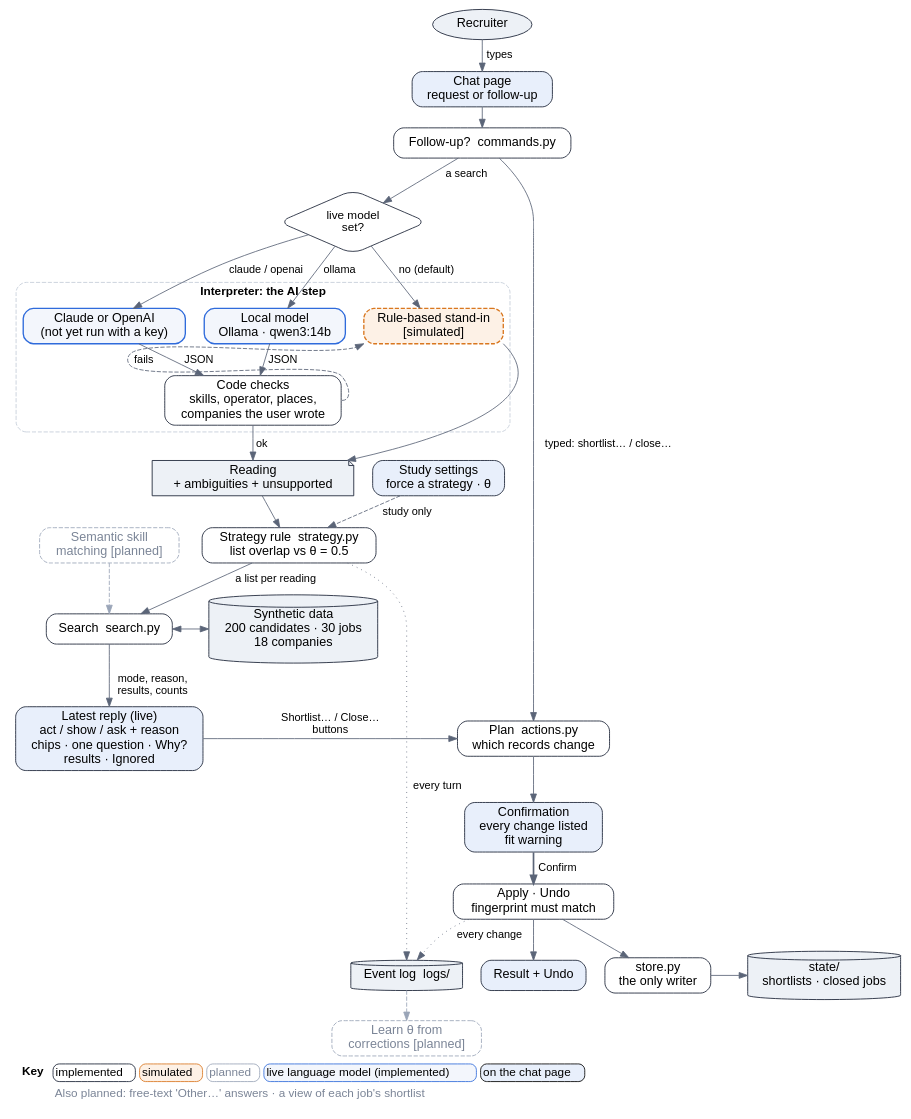
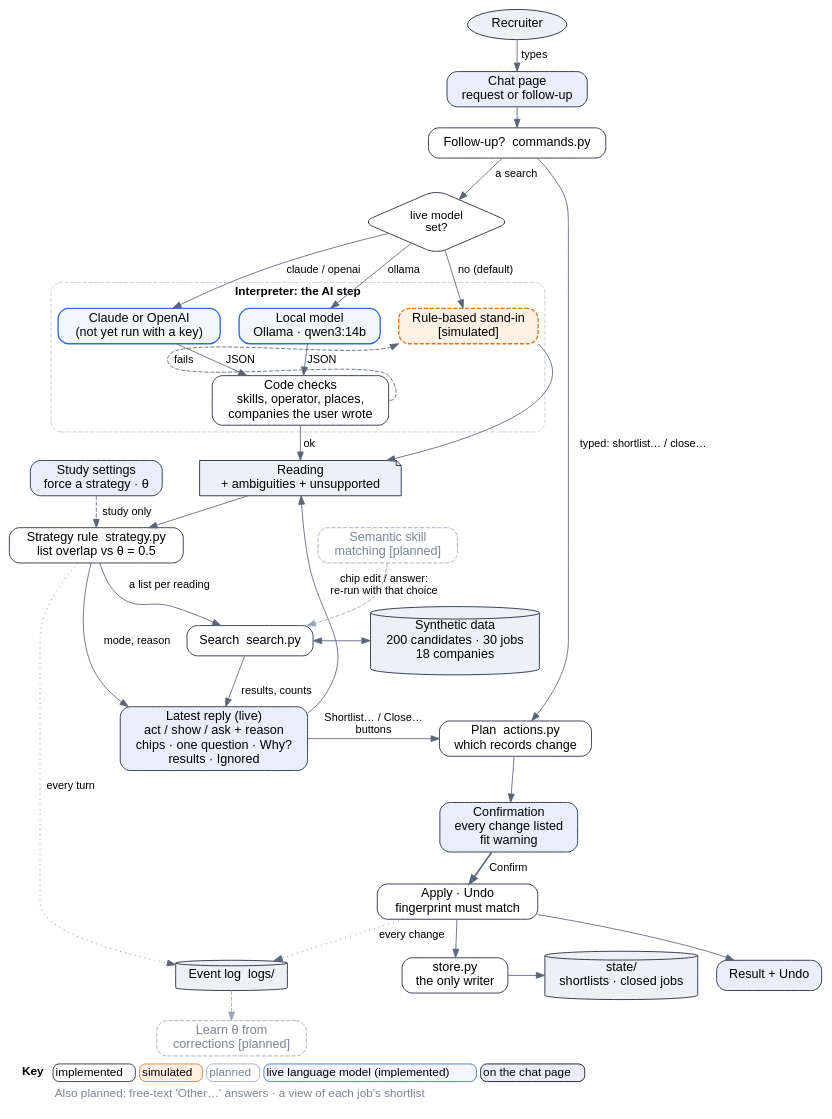
One commit to ar-pavel/ambiguity-aware-ai-search changed the diagram in docs/system.dot. Above: the diagram before and after it, drawn with Graphviz. The commit also changed 3 other files, not shown here.

First line of the commit message:
docs(diagram): draw the chip-edit and answer path back to the reading

```diff
--- a/docs/system.dot
+++ b/docs/system.dot
@@ -1,93 +1,95 @@
 // System diagram. Render: dot -Tpng -Gdpi=200 docs/system.dot -o docs/system.png && dot -Tsvg docs/system.dot -o docs/system.svg
 // Left column: reading a request (top to bottom). Right column: changing records.
 // Border marks status: solid = implemented, orange dashed = simulated, grey dashed = planned,
 // blue = a live language model (implemented). Blue fill = on the chat page (web/); white = server (assistant/);
 // cylinders = files on disk.
 digraph system {
   rankdir=TB; nodesep=0.3; ranksep=0.32; newrank=true;
   node [shape=box, style="rounded,filled", fillcolor="#ffffff", color="#172033", fontname="Helvetica", fontsize=15];
   edge [fontname="Helvetica", fontsize=13, color="#5b6578"];
 
   recruiter [label="Recruiter", shape=ellipse, fillcolor="#edf1f6"];
   request [label="Chat page\nrequest or follow-up", fillcolor="#e8effb"];
   settings [label="Study settings\nforce a strategy · θ", fillcolor="#e8effb"];
   cmd [label="Follow-up?  commands.py"];
   route [label="live model\nset?", shape=diamond, fontsize=14];
 
   subgraph cluster_interp {
     label="Interpreter: the AI step"; labelloc=t; fontname="Helvetica-Bold"; fontsize=14;
     color="#c4ccd8"; style="rounded,dashed";
     ollama [label="Local model\nOllama · qwen3:14b", fillcolor="#f3f6fc", color="#2f6bdb", penwidth=1.6];
     cloud [label="Claude or OpenAI\n(not yet run with a key)", fillcolor="#f3f6fc", color="#2f6bdb", penwidth=1.6];
     rules [label="Rule-based stand-in\n[simulated]", style="rounded,filled,dashed", fillcolor="#fdf1e6", color="#d9771f", penwidth=1.6];
     checks [label="Code checks\nskills, operator, places,\ncompanies the user wrote"];
   }
 
   reading [label="Reading\n+ ambiguities + unsupported", shape=note, fillcolor="#edf1f6"];
   rule [label="Strategy rule  strategy.py\nlist overlap vs θ = 0.5"];
   search [label="Search  search.py"];
   reply [label="Latest reply (live)\nact / show / ask + reason\nchips · one question · Why?\nresults · Ignored", fillcolor="#e8effb"];
 
   plan [label="Plan  actions.py\nwhich records change"];
   confirm [label="Confirmation\nevery change listed\nfit warning", fillcolor="#e8effb"];
   apply [label="Apply · Undo\nfingerprint must match"];
   store [label="store.py\nthe only writer"];
   result [label="Result + Undo", fillcolor="#e8effb"];
 
   data [label="Synthetic data\n200 candidates · 30 jobs\n18 companies", shape=cylinder, fillcolor="#edf1f6"];
   state [label="state/\nshortlists · closed jobs", shape=cylinder, fillcolor="#edf1f6"];
   log [label="Event log  logs/", shape=cylinder, fillcolor="#edf1f6"];
 
   learn [label="Learn θ from\ncorrections [planned]", style="rounded,dashed", color="#9aa5b8", fontcolor="#7b8597"];
   semantic [label="Semantic skill\nmatching [planned]", style="rounded,dashed", color="#9aa5b8", fontcolor="#7b8597"];
 
   {rank=same; reading; settings}
   {rank=same; ollama; cloud; rules}
   {rank=same; search; data}
   {rank=same; reply; plan}
   {rank=same; store; state}
 
   // reading a request
   recruiter -> request [label=" types"];
   request -> cmd;
   cmd -> route [label=" a search"];
   route -> ollama [label="ollama"];
   route -> cloud [label="claude / openai"];
   route -> rules [label="no (default)"];
   ollama -> checks [label=" JSON"];
   cloud -> checks [label=" JSON"];
   checks:e -> rules:sw [label=" fails", style=dashed, constraint=false];
   checks -> reading [label=" ok"];
   rules:se -> reading;
   reading -> rule;
   settings -> rule [style=dashed, label=" study only"];
   rule -> search [label=" a list per reading"];
   search -> data [dir=both, constraint=false];
-  search -> reply [label=" mode, reason,\n results, counts"];
+  search -> reply [label=" results, counts"];
+  rule -> reply [label=" mode, reason"];
+  reply -> reading [label=" chip edit / answer:\n re-run with that choice", constraint=false];
   semantic -> search [style=dashed, color="#9aa5b8"];
 
   // changing records
   reply -> plan [label=" Shortlist… / Close…\n buttons"];
   cmd -> plan [label=" typed: shortlist… / close…"];
   plan -> confirm;
   confirm -> apply [label=" Confirm", style=bold];
   apply -> store;
   store -> state;
   apply -> result;
 
   // evaluation
   rule -> log [style=dotted, label=" every turn"];
   apply -> log [style=dotted, label=" every change"];
   log -> learn [style=dashed, color="#9aa5b8"];
 
   labelloc=b; labeljust=l; fontname="Helvetica"; fontsize=14;
   label=<<table border="0" cellborder="0" cellspacing="5">
     <tr><td align="left"><b>Key</b></td>
         <td border="1" style="rounded" color="#172033">implemented</td>
         <td border="1" style="rounded" color="#d9771f" bgcolor="#fdf1e6">simulated</td>
         <td border="1" style="rounded" color="#9aa5b8"><font color="#7b8597">planned</font></td>
         <td border="1" style="rounded" color="#2f6bdb" bgcolor="#f3f6fc">live language model (implemented)</td>
         <td border="1" style="rounded" bgcolor="#e8effb">on the chat page</td></tr>
     <tr><td></td><td colspan="5" align="left"><font color="#7b8597">Also planned: free-text 'Other…' answers · a view of each job's shortlist</font></td></tr>
   </table>>;
 }
```
